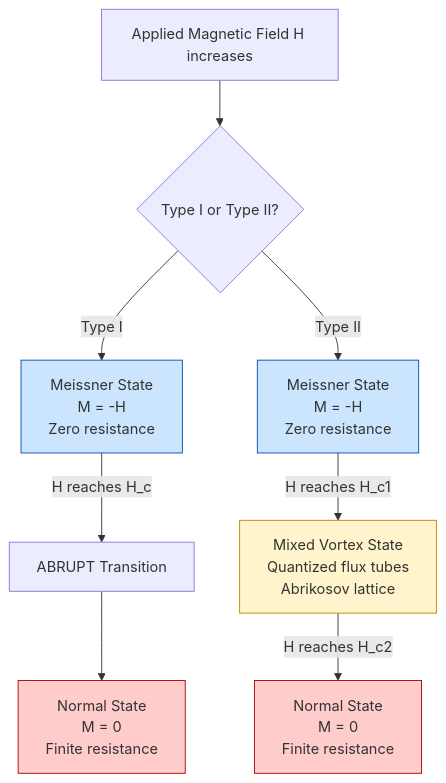
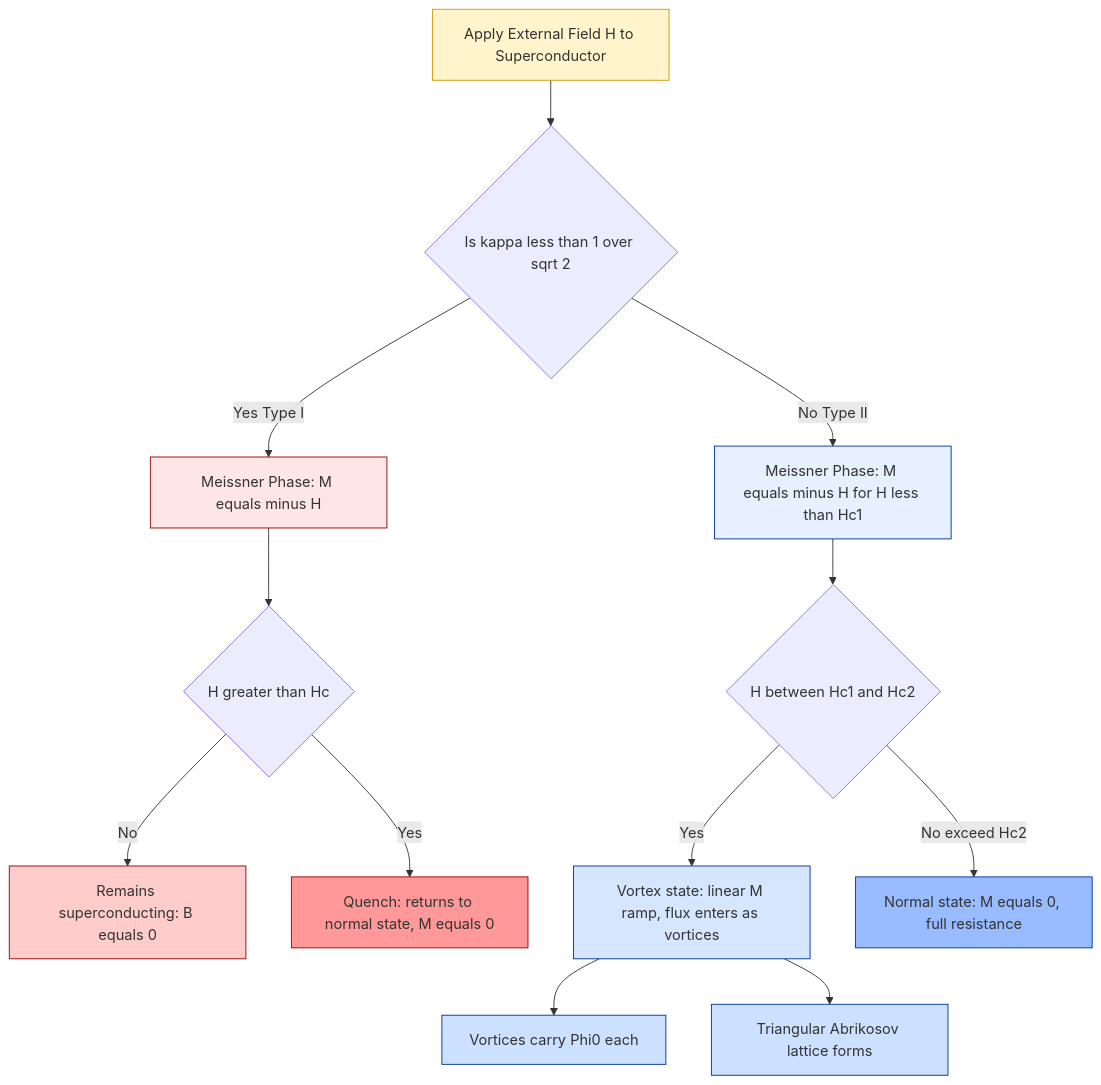
Before and after one commit to vishnuu-kr/ktunode: the fourth of 4 diagrams in public/notes/computer-science-and-engineering/semester-1/gapht121-physics-for-information-science/01-module-1-electrical-conductivity/type-i-and-type-ii-super-conductors/notes.md, drawn with Mermaid. The commit also changed other lines of this file and 4829 other files, not shown here.

````diff
--- a/public/notes/computer-science-and-engineering/semester-1/gapht121-physics-for-information-science/01-module-1-electrical-conductivity/type-i-and-type-ii-super-conductors/notes.md
+++ b/public/notes/computer-science-and-engineering/semester-1/gapht121-physics-for-information-science/01-module-1-electrical-conductivity/type-i-and-type-ii-super-conductors/notes.md
@@ -357,18 +576,23 @@
 ```mermaid
 flowchart TD
-    A["Applied Magnetic Field H increases"] --> B{"Type I or Type II?"}
-
-    B -->|Type I| C["Meissner State<br/>M = -H<br/>Zero resistance"]
-    C -->|"H reaches H_c"| D["ABRUPT Transition"]
-    D --> E["Normal State<br/>M = 0<br/>Finite resistance"]
-
-    B -->|Type II| F["Meissner State<br/>M = -H<br/>Zero resistance"]
-    F -->|"H reaches H_c1"| G["Mixed Vortex State<br/>Quantized flux tubes<br/>Abrikosov lattice"]
-    G -->|"H reaches H_c2"| H["Normal State<br/>M = 0<br/>Finite resistance"]
-
-    style C fill:#cce5ff,stroke:#0050b3
-    style E fill:#ffcccc,stroke:#b30000
-    style F fill:#cce5ff,stroke:#0050b3
-    style G fill:#fff4cc,stroke:#b38b00
-    style H fill:#ffcccc,stroke:#b30000
+    A[Apply External Field H to Superconductor] --> B{Is kappa less than 1 over sqrt 2}
+    B -->|Yes Type I| C[Meissner Phase: M equals minus H]
+    C --> C1{H greater than Hc}
+    C1 -->|No| C2[Remains superconducting: B equals 0]
+    C1 -->|Yes| C3[Quench: returns to normal state, M equals 0]
+    B -->|No Type II| D[Meissner Phase: M equals minus H for H less than Hc1]
+    D --> D1{H between Hc1 and Hc2}
+    D1 -->|Yes| D2[Vortex state: linear M ramp, flux enters as vortices]
+    D2 --> D2a[Vortices carry Phi0 each]
+    D2 --> D2b[Triangular Abrikosov lattice forms]
+    D1 -->|No exceed Hc2| D3[Normal state: M equals 0, full resistance]
+    style A fill:#fff4cc,stroke:#cc9900
+    style C fill:#ffe6e6,stroke:#990000
+    style D fill:#e6f0ff,stroke:#003399
+    style D2 fill:#d6e6ff,stroke:#003399
+    style D2a fill:#cce0ff,stroke:#003399
+    style D2b fill:#cce0ff,stroke:#003399
+    style C2 fill:#ffcccc,stroke:#990000
+    style C3 fill:#ff9999,stroke:#990000
+    style D3 fill:#99bbff,stroke:#003399
 ```
````
